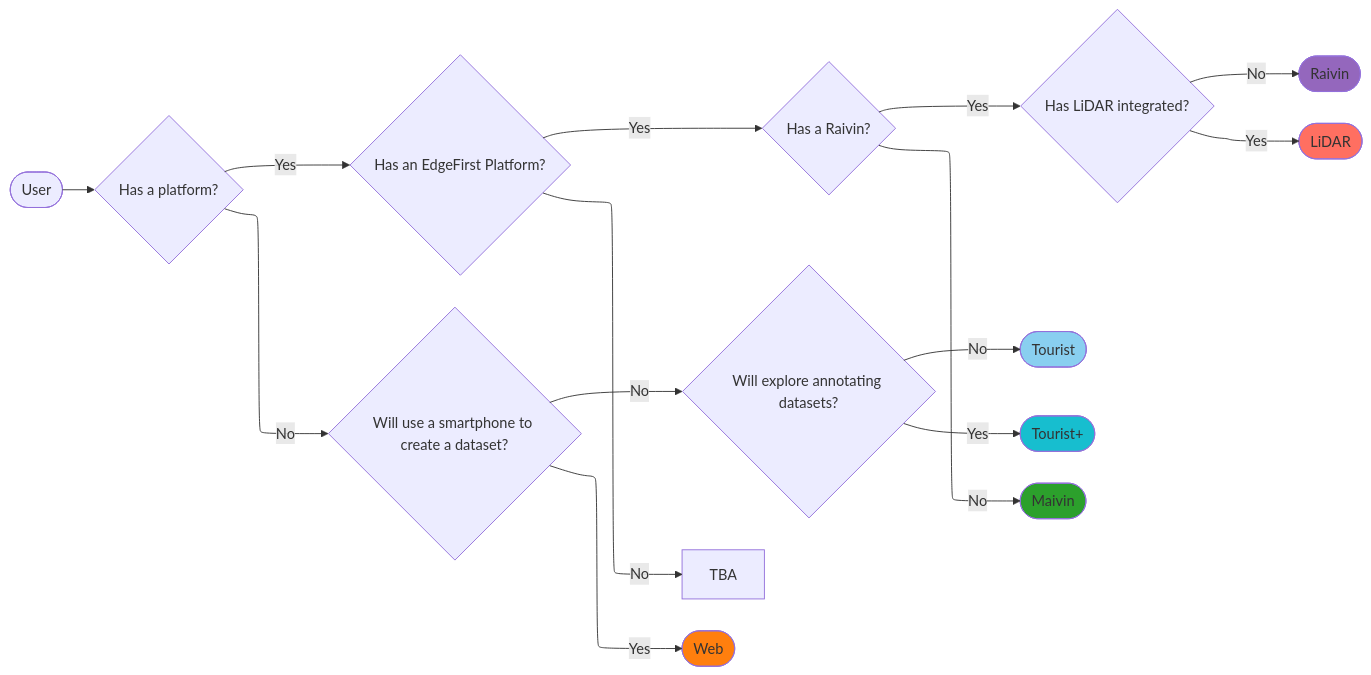
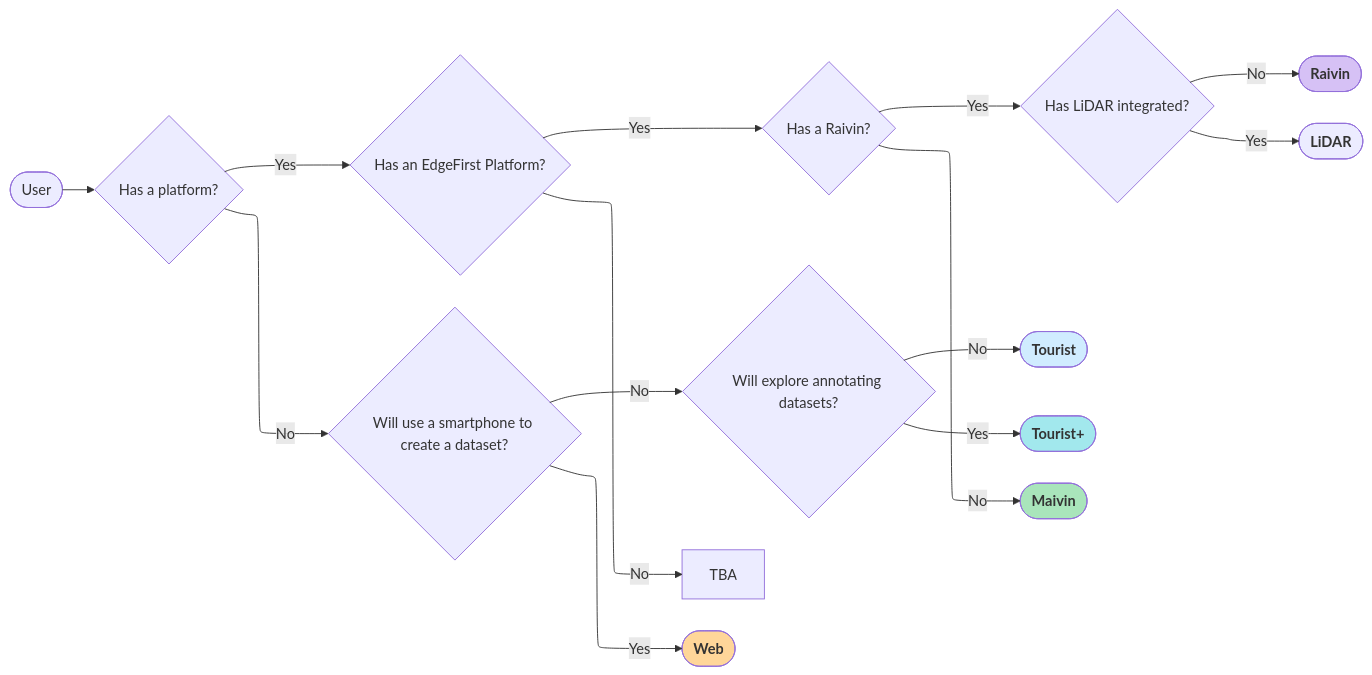
The first of 2 diagrams in docs/getting_started/workflows/index.md (EdgeFirstAI/documentation), drawn with Mermaid before and after one commit. The commit also changed other lines of this file and 1 other file, not shown here.

Commit message:
[DE-1941]: Updated flowchart colors to contrast more with the text to be much more visible.

````diff
--- a/docs/getting_started/workflows/index.md
+++ b/docs/getting_started/workflows/index.md
@@ -13,42 +13,43 @@
 ```mermaid
 %%{init: {"flowchart": {"defaultRenderer": "elk"}} }%%
 flowchart LR
     %% User Definitions
     user([User])
     platform{Has a platform?}
     edgefirst_platform{Has an EdgeFirst Platform?}
     raivin_platform{Has a Raivin?}
     record{Will use a smartphone to create a dataset?}
     annotate_pd{Will explore annotating datasets?}
     with_lidar{Has LiDAR integrated?}
     tba[TBA]
 
     tourist([Tourist]):::blue
     tourist_plus([Tourist+]):::teal
     web_user([Web]):::orange
     maivin_user([Maivin]):::green
     raivin_user([Raivin]):::purple
     raivin_lidar_user([LiDAR]):::coral
 
-    classDef blue fill:#89cff0;
-    classDef teal fill:#17becf;
-    classDef orange fill:#ff7f0e;
-    classDef green fill:#2ca02c;
-    classDef purple fill:#9467bd;
-    classDef coral fill:#ff6f61;
+    classDef blue fill:#d0ecff,font-weight:bold;
+    classDef teal fill:#a2e8ed,font-weight:bold;
+    classDef orange fill:#ffd699,font-weight:bold;
+    classDef green fill:#a9e5bb,font-weight:bold;
+    classDef purple fill:#d6c1f5,font-weight:bold;
+    classDef coral fill:#ffc2b,font-weight:bold;
+    classDef all fill:#f0e6f5,font-weight:bold;
 
     %% Flowchart
     user --> platform
     platform -- Yes --> edgefirst_platform
     platform -- No --> record
     record -- Yes --> web_user
     record -- No --> annotate_pd
     annotate_pd -- Yes --> tourist_plus
     annotate_pd -- No --> tourist
     edgefirst_platform -- Yes --> raivin_platform 
     edgefirst_platform -- No --> tba
     raivin_platform -- Yes --> with_lidar
     with_lidar -- Yes --> raivin_lidar_user
     with_lidar -- No --> raivin_user
     raivin_platform -- No --> maivin_user
 ```
````
